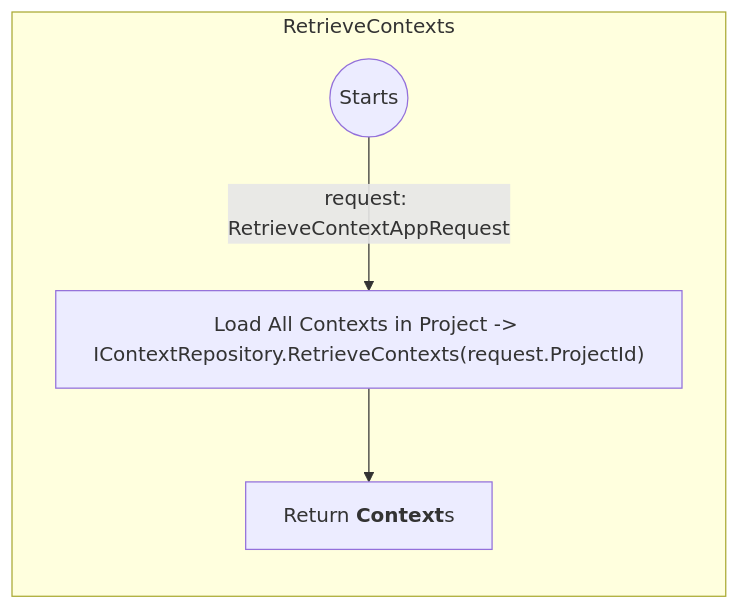
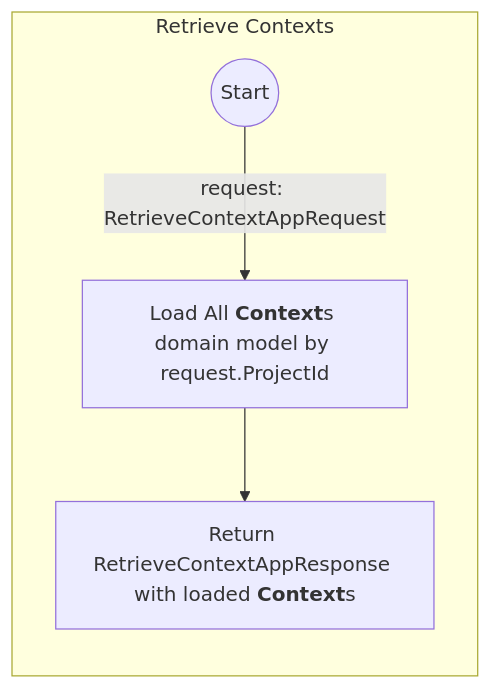
One commit to sdlfly2000/DomainBasedDesigner changed the first of 2 diagrams in AI/Actions/ContextAppService.md. Above: the diagram before and after it, drawn with Mermaid. The commit also changed other lines of this file and 2 other files, not shown here.

Commit message:
Refactor ContextAppService

````diff
--- a/AI/Actions/ContextAppService.md
+++ b/AI/Actions/ContextAppService.md
@@ -30,9 +34,9 @@
     ```mermaid
         graph TB
-            subgraph main [RetrieveContexts]
+            subgraph main [Retrieve Contexts]
                 direction TB
-                start(("Start"s)) -->
-                |request: RetrieveContextAppRequest| loadAllContext["Load All Contexts in Project -> IContextRepository.RetrieveContexts(request.ProjectId)"] -->
-                return["`Return **Context**s`"]
+                start(("Start")) -->
+                |request: RetrieveContextAppRequest| loadAllContextInProject["`Load All **Context**s domain model by request.ProjectId`"] -->
+                return["`Return RetrieveContextAppResponse with loaded **Context**s`"]
             end
     ```
````
